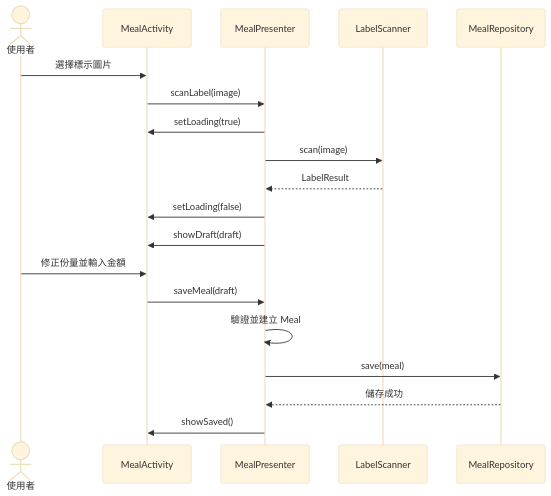
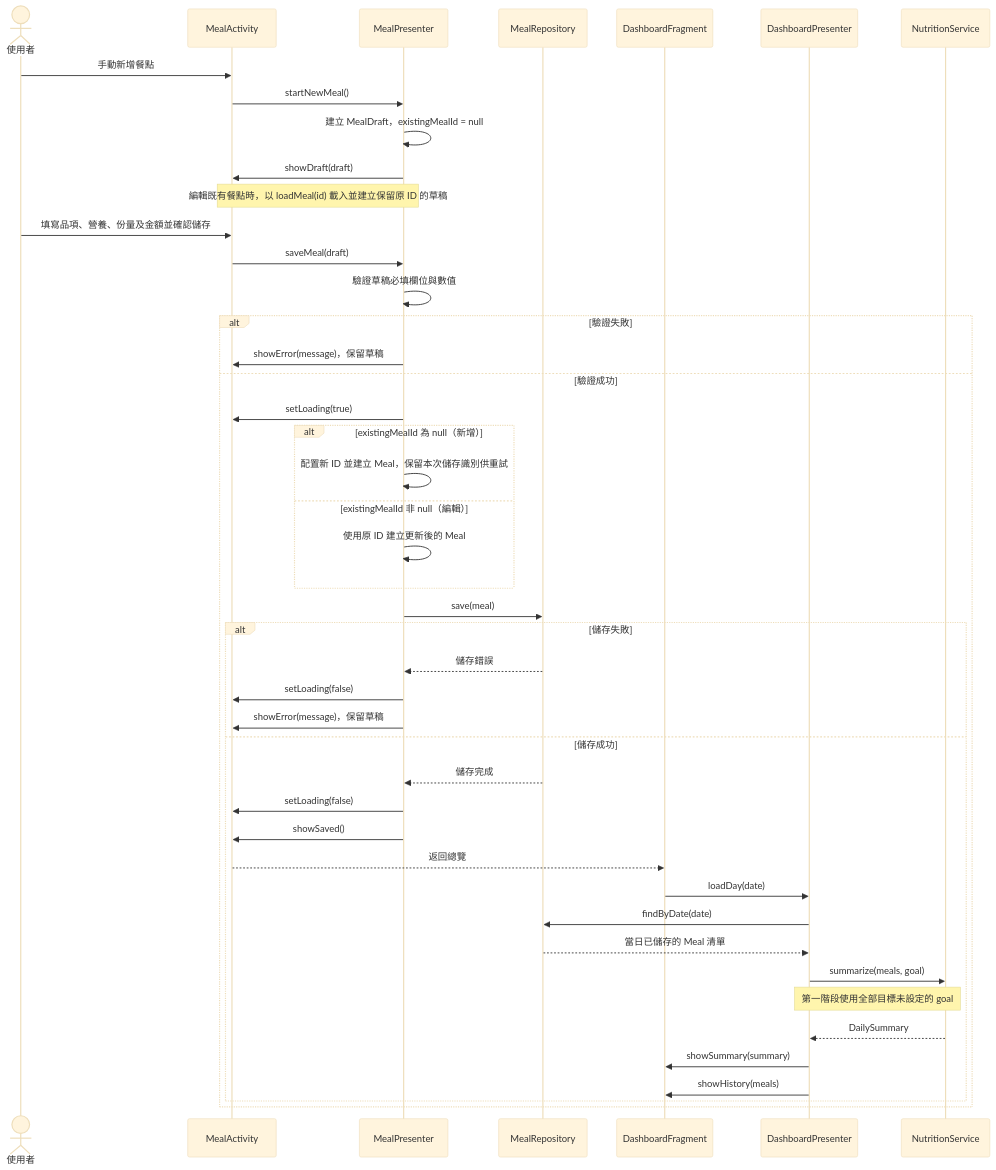
The fifth of 5 diagrams in README.md (chuanmin0317/food-ledger), drawn with Mermaid (base theme) before and after one commit. The commit also changed other lines of this file, not shown here.

````diff
--- a/README.md
+++ b/README.md
@@ -317,21 +370,47 @@
 ```mermaid
 sequenceDiagram
     actor User as 使用者
     participant View as MealActivity
     participant Presenter as MealPresenter
-    participant Scanner as LabelScanner
     participant Repo as MealRepository
-    User->>View: 選擇標示圖片
-    View->>Presenter: scanLabel(image)
-    Presenter->>View: setLoading(true)
-    Presenter->>Scanner: scan(image)
-    Scanner-->>Presenter: LabelResult
-    Presenter->>View: setLoading(false)
+    participant Dashboard as DashboardFragment
+    participant DP as DashboardPresenter
+    participant Nutrition as NutritionService
+    User->>View: 手動新增餐點
+    View->>Presenter: startNewMeal()
+    Presenter->>Presenter: 建立 MealDraft，existingMealId = null
     Presenter->>View: showDraft(draft)
-    User->>View: 修正份量並輸入金額
+    Note over View,Presenter: 編輯既有餐點時，以 loadMeal(id) 載入並建立保留原 ID 的草稿
+    User->>View: 填寫品項、營養、份量及金額並確認儲存
     View->>Presenter: saveMeal(draft)
-    Presenter->>Presenter: 驗證並建立 Meal
-    Presenter->>Repo: save(meal)
-    Repo-->>Presenter: 儲存成功
-    Presenter->>View: showSaved()
+    Presenter->>Presenter: 驗證草稿必填欄位與數值
+    alt 驗證失敗
+        Presenter->>View: showError(message)，保留草稿
+    else 驗證成功
+        Presenter->>View: setLoading(true)
+        alt existingMealId 為 null（新增）
+            Presenter->>Presenter: 配置新 ID 並建立 Meal，保留本次儲存識別供重試
+        else existingMealId 非 null（編輯）
+            Presenter->>Presenter: 使用原 ID 建立更新後的 Meal
+        end
+        Presenter->>Repo: save(meal)
+        alt 儲存失敗
+            Repo-->>Presenter: 儲存錯誤
+            Presenter->>View: setLoading(false)
+            Presenter->>View: showError(message)，保留草稿
+        else 儲存成功
+            Repo-->>Presenter: 儲存完成
+            Presenter->>View: setLoading(false)
+            Presenter->>View: showSaved()
+            View-->>Dashboard: 返回總覽
+            Dashboard->>DP: loadDay(date)
+            DP->>Repo: findByDate(date)
+            Repo-->>DP: 當日已儲存的 Meal 清單
+            DP->>Nutrition: summarize(meals, goal)
+            Note over DP,Nutrition: 第一階段使用全部目標未設定的 goal
+            Nutrition-->>DP: DailySummary
+            DP->>Dashboard: showSummary(summary)
+            DP->>Dashboard: showHistory(meals)
+        end
+    end
 ```
````
